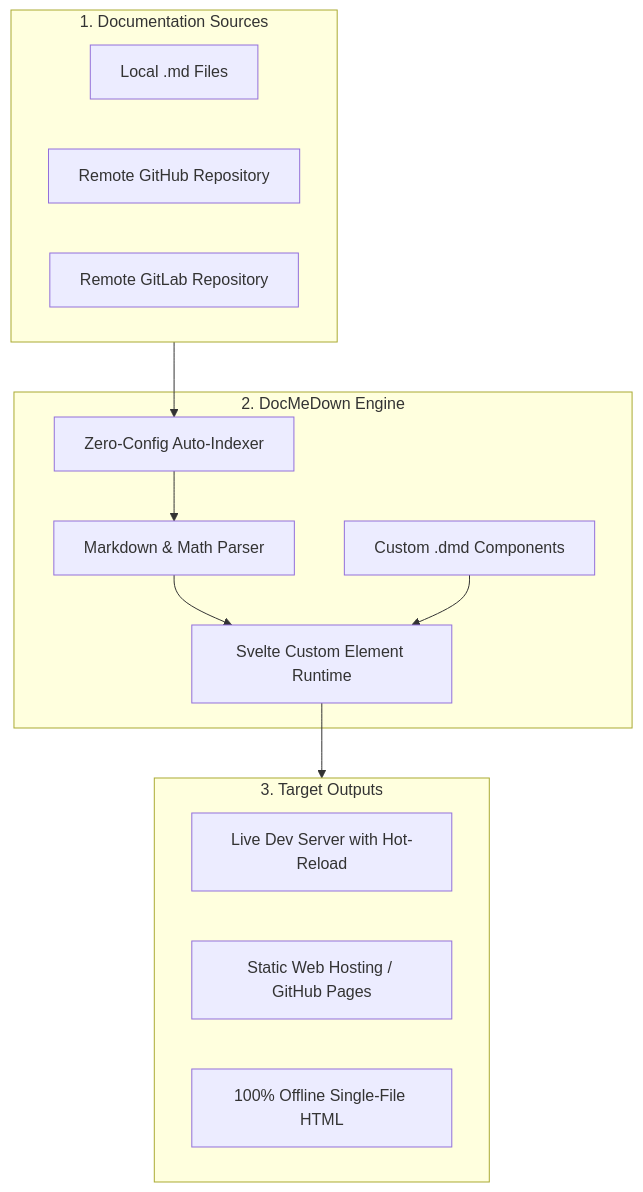
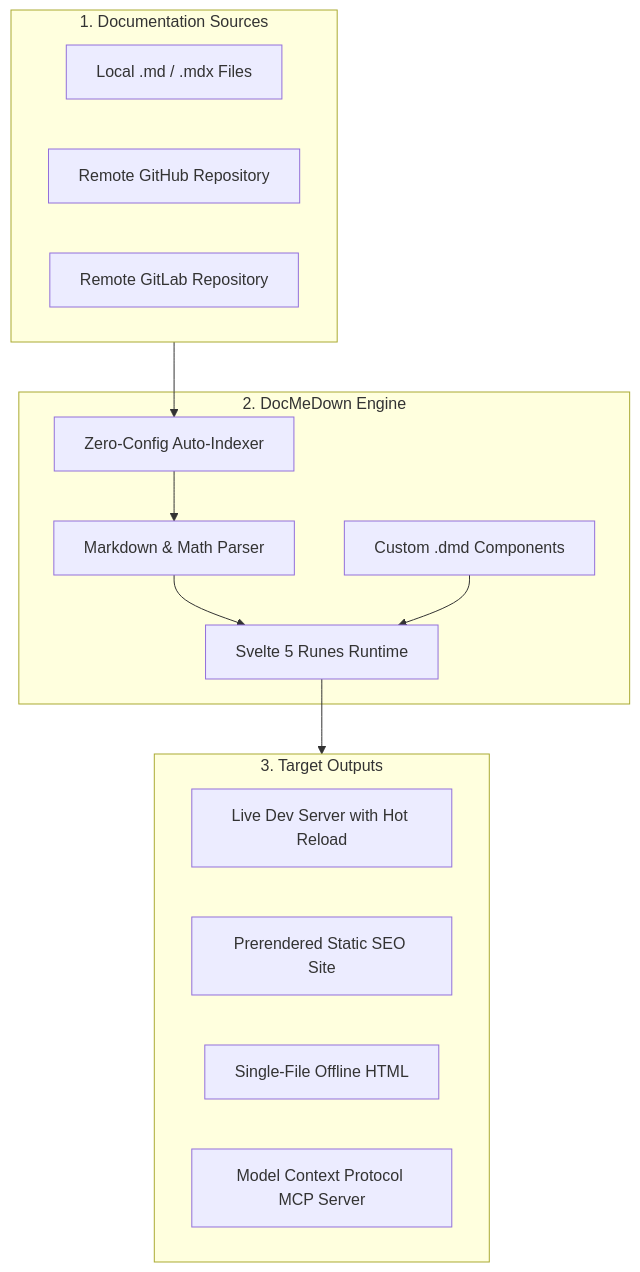
One commit to gabrielmsilva00/docmedown changed the diagram in docs/README.md. Above: the diagram before and after it, drawn with Mermaid. The commit also changed other lines of this file and 133 other files, not shown here.

````diff
--- a/docs/README.md
+++ b/docs/README.md
@@ -23,27 +103,28 @@
 ```mermaid
 graph TD
     subgraph Sources ["1. Documentation Sources"]
-        A[Local .md Files]
+        A[Local .md / .mdx Files]
         B[Remote GitHub Repository]
         C[Remote GitLab Repository]
     end
 
     subgraph DocMeDown ["2. DocMeDown Engine"]
         D[Zero-Config Auto-Indexer]
         E[Markdown & Math Parser]
-        F[Svelte Custom Element Runtime]
+        F[Svelte 5 Runes Runtime]
         G[Custom .dmd Components]
     end
 
-    subgraph Output ["3. Target Outputs"]
-        H[Live Dev Server with Hot-Reload]
-        I[Static Web Hosting / GitHub Pages]
-        J[100% Offline Single-File HTML]
+    subgraph TargetOutputs ["3. Target Outputs"]
+        H[Live Dev Server with Hot Reload]
+        I[Prerendered Static SEO Site]
+        J[Single-File Offline HTML]
+        K[Model Context Protocol MCP Server]
     end
 
     Sources --> D
     D --> E
     E --> F
     G --> F
-    F --> Output
+    F --> TargetOutputs
 ```
````
